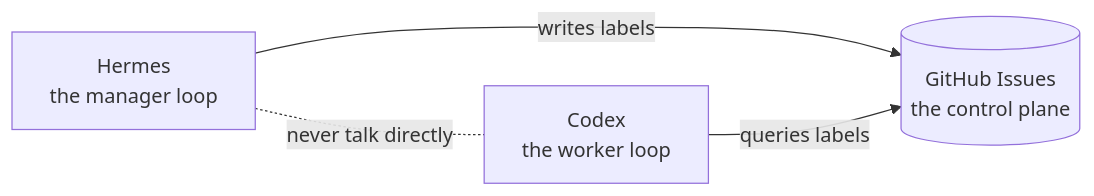
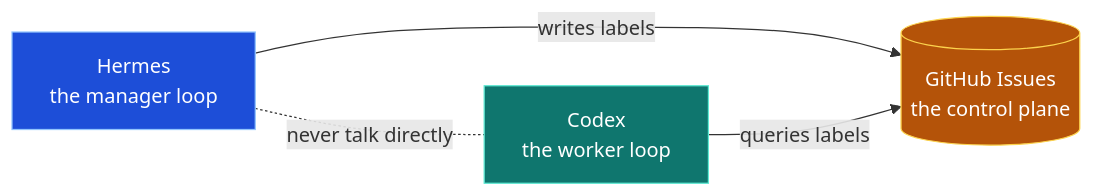
One commit to owainlewis/youtube-tutorials changed the second of 8 diagrams in tutorials/loop-engineering/README.md. Above: the diagram before and after it, drawn with Mermaid. The commit also changed other lines of this file, not shown here.

Commit message:
docs: color mermaid diagrams for dark mode readability

````diff
--- a/tutorials/loop-engineering/README.md
+++ b/tutorials/loop-engineering/README.md
@@ -41,6 +46,13 @@
 ```mermaid
 graph LR
     H[Hermes<br/>the manager loop] -->|writes labels| S[(GitHub Issues<br/>the control plane)]
     C[Codex<br/>the worker loop] -->|queries labels| S
     H -.never talk directly.- C
+
+    classDef manager fill:#1d4ed8,stroke:#93c5fd,color:#ffffff
+    classDef worker fill:#0f766e,stroke:#5eead4,color:#ffffff
+    classDef state fill:#b45309,stroke:#fcd34d,color:#ffffff
+    class H manager
+    class C worker
+    class S state
 ```
````
